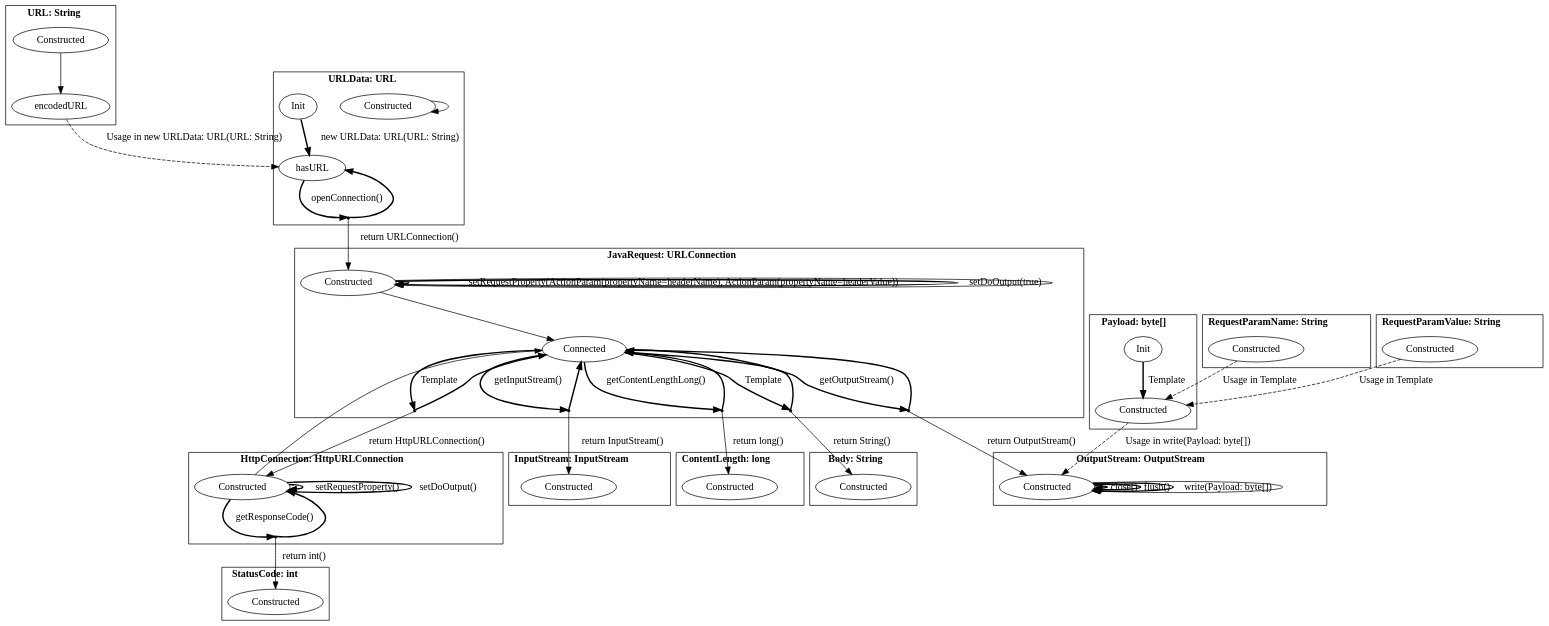
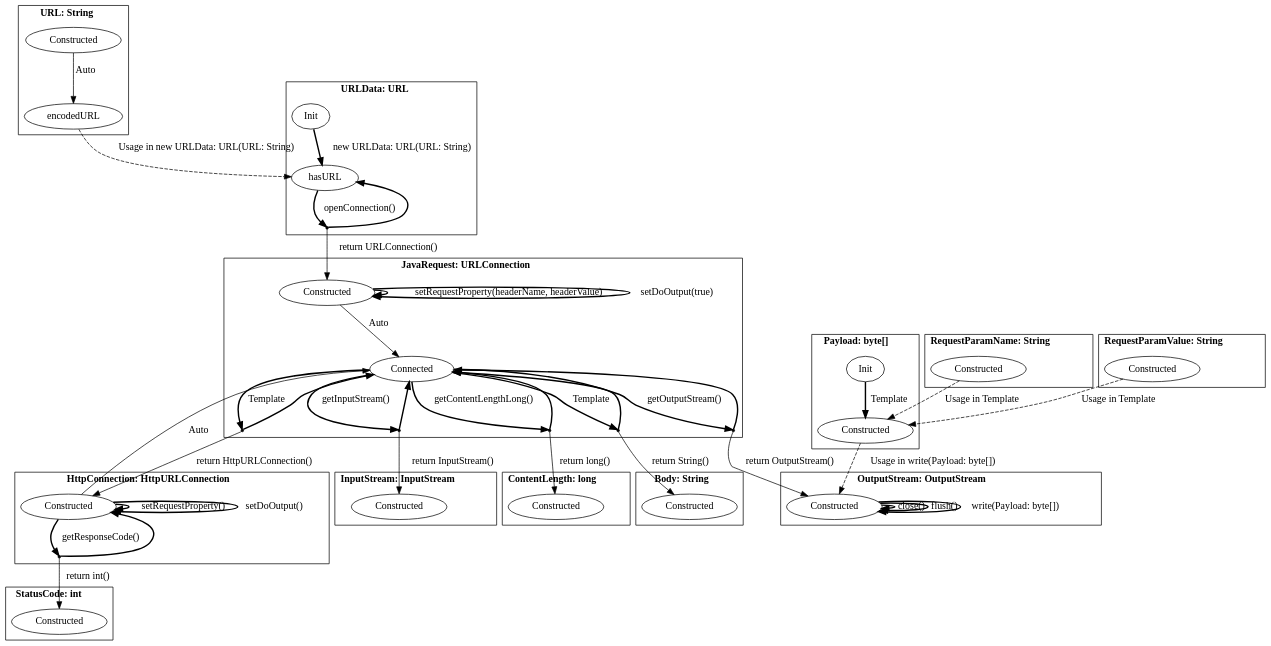
Before and after one commit to h31/LibraryMigration: the diagram in pictures/java.dot, drawn with Graphviz. The commit also changed 10 other files, not shown here.

```diff
--- a/pictures/java.dot
+++ b/pictures/java.dot
@@ -1,103 +1,99 @@
 digraph G {
     bgcolor="transparent";
     subgraph cluster0 {
     label = <<B>URL: String</B>>;
         Constructed_URL [ label="Constructed" ];
         encodedURL_URL [ label="encodedURL" ];
     }
     subgraph cluster1 {
     label = <<B>URLData: URL</B>>;
-        Constructed_URLData [ label="Constructed" ];
+        Init_URLData [ label="Init" ];
         hasURL_URLData [ label="hasURL" ];
-        Init_URLData [ label="Init" ];
         virtual0 [ shape = point ];
     }
     subgraph cluster2 {
     label = <<B>JavaRequest: URLConnection</B>>;
         Constructed_JavaRequest [ label="Constructed" ];
         Connected_JavaRequest [ label="Connected" ];
         virtual1 [ shape = point ];
         virtual2 [ shape = point ];
         virtual3 [ shape = point ];
         virtual4 [ shape = point ];
         virtual5 [ shape = point ];
     }
     subgraph cluster3 {
     label = <<B>Body: String</B>>;
         Constructed_Body [ label="Constructed" ];
     }
     subgraph cluster4 {
     label = <<B>InputStream: InputStream</B>>;
         Constructed_InputStream [ label="Constructed" ];
     }
     subgraph cluster5 {
     label = <<B>ContentLength: long</B>>;
         Constructed_ContentLength [ label="Constructed" ];
     }
     subgraph cluster6 {
     label = <<B>StatusCode: int</B>>;
         Constructed_StatusCode [ label="Constructed" ];
     }
     subgraph cluster7 {
     label = <<B>HttpConnection: HttpURLConnection</B>>;
         Constructed_HttpConnection [ label="Constructed" ];
         virtual6 [ shape = point ];
     }
     subgraph cluster8 {
     label = <<B>OutputStream: OutputStream</B>>;
         Constructed_OutputStream [ label="Constructed" ];
     }
     subgraph cluster9 {
     label = <<B>Payload: byte[]</B>>;
+        Init_Payload [ label="Init" ];
         Constructed_Payload [ label="Constructed" ];
-        Init_Payload [ label="Init" ];
     }
     subgraph cluster10 {
     label = <<B>RequestParamName: String</B>>;
         Constructed_RequestParamName [ label="Constructed" ];
     }
     subgraph cluster11 {
     label = <<B>RequestParamValue: String</B>>;
         Constructed_RequestParamValue [ label="Constructed" ];
     }
-        Constructed_URL -> encodedURL_URL [ label="", style = "solid"  ];
+        Constructed_URL -> encodedURL_URL [ label="Auto", style = "solid"  ];
         encodedURL_URL -> hasURL_URLData [ label="Usage in new URLData: URL(URL: String)", style = "dashed"  ];
         Init_URLData -> hasURL_URLData [ label="new URLData: URL(URL: String)", style = "bold"  ];
         hasURL_URLData -> virtual0 [ style = "bold" label="openConnection()"  ];
         virtual0 -> hasURL_URLData [ style = "bold"  ];
         virtual0 -> Constructed_JavaRequest [ label="return URLConnection()"  ];
-        Constructed_URLData -> Constructed_URLData [ label="", style = "solid"  ];
-        Constructed_JavaRequest -> Connected_JavaRequest [ label="", style = "solid"  ];
+        Constructed_JavaRequest -> Connected_JavaRequest [ label="Auto", style = "solid"  ];
         Connected_JavaRequest -> virtual1 [ style = "bold" label="Template"  ];
         virtual1 -> Connected_JavaRequest [ style = "bold"  ];
         virtual1 -> Constructed_Body [ label="return String()"  ];
         Connected_JavaRequest -> virtual2 [ style = "bold" label="getInputStream()"  ];
         virtual2 -> Connected_JavaRequest [ style = "bold"  ];
         virtual2 -> Constructed_InputStream [ label="return InputStream()"  ];
-        Constructed_JavaRequest -> Constructed_JavaRequest [ label="setRequestProperty(ActionParam(propertyName&#x3D;headerName), ActionParam(propertyName&#x3D;headerValue))", style = "bold"  ];
+        Constructed_JavaRequest -> Constructed_JavaRequest [ label="setRequestProperty(headerName, headerValue)", style = "bold"  ];
         Constructed_JavaRequest -> Constructed_JavaRequest [ label="setDoOutput(true)", style = "bold"  ];
         Connected_JavaRequest -> virtual3 [ style = "bold" label="getContentLengthLong()"  ];
         virtual3 -> Connected_JavaRequest [ style = "bold"  ];
         virtual3 -> Constructed_ContentLength [ label="return long()"  ];
         Connected_JavaRequest -> virtual4 [ style = "bold" label="getOutputStream()"  ];
         virtual4 -> Connected_JavaRequest [ style = "bold"  ];
         virtual4 -> Constructed_OutputStream [ label="return OutputStream()"  ];
         Connected_JavaRequest -> virtual5 [ style = "bold" label="Template"  ];
         virtual5 -> Connected_JavaRequest [ style = "bold"  ];
         virtual5 -> Constructed_HttpConnection [ label="return HttpURLConnection()"  ];
-        Constructed_JavaRequest -> Constructed_JavaRequest [ label="", style = "solid"  ];
-        Constructed_HttpConnection -> Connected_JavaRequest [ label="", style = "solid"  ];
+        Constructed_HttpConnection -> Connected_JavaRequest [ label="Auto", style = "solid"  ];
         Constructed_HttpConnection -> virtual6 [ style = "bold" label="getResponseCode()"  ];
         virtual6 -> Constructed_HttpConnection [ style = "bold"  ];
         virtual6 -> Constructed_StatusCode [ label="return int()"  ];
         Constructed_HttpConnection -> Constructed_HttpConnection [ label="setRequestProperty()", style = "bold"  ];
         Constructed_HttpConnection -> Constructed_HttpConnection [ label="setDoOutput()", style = "bold"  ];
         Constructed_OutputStream -> Constructed_OutputStream [ label="close()", style = "bold"  ];
         Constructed_OutputStream -> Constructed_OutputStream [ label="flush()", style = "bold"  ];
         Constructed_OutputStream -> Constructed_OutputStream [ label="write(Payload: byte[])", style = "bold"  ];
-        Constructed_OutputStream -> Constructed_OutputStream [ label="", style = "solid"  ];
         Init_Payload -> Constructed_Payload [ label="Template", style = "bold"  ];
         Constructed_Payload -> Constructed_OutputStream [ label="Usage in write(Payload: byte[])", style = "dashed"  ];
         Constructed_RequestParamName -> Constructed_Payload [ label="Usage in Template", style = "dashed"  ];
         Constructed_RequestParamValue -> Constructed_Payload [ label="Usage in Template", style = "dashed"  ];
 }
```
